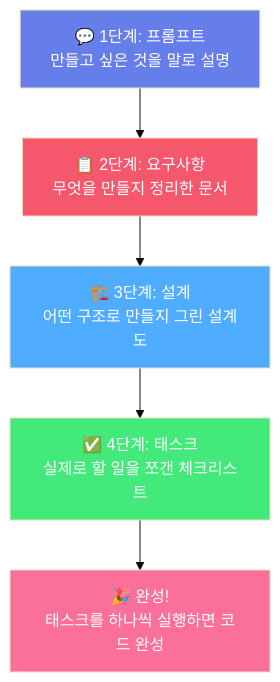
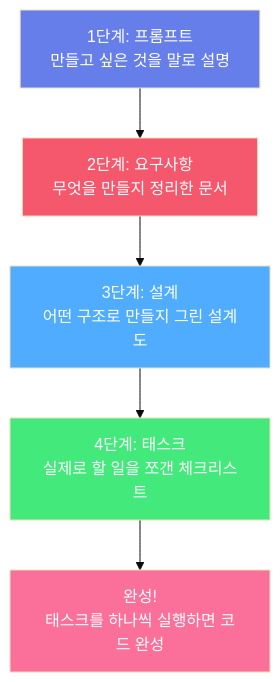
One commit to rornfdlek/kiro-workshop-gsretail-gitbook changed the diagram in introduction/README.md. Above: the diagram before and after it, drawn with Mermaid (base theme). The commit also changed 6 other files, not shown here.

First line of the commit message:
Fix Mermaid diagrams and SVG image sizing for GitBook

````diff
--- a/introduction/README.md
+++ b/introduction/README.md
@@ -32,13 +32,13 @@
 ```mermaid
 graph TD
-    A["💬 1단계: 프롬프트\n만들고 싶은 것을 말로 설명"] --> B["📋 2단계: 요구사항\n무엇을 만들지 정리한 문서"]
-    B --> C["🏗️ 3단계: 설계\n어떤 구조로 만들지 그린 설계도"]
-    C --> D["✅ 4단계: 태스크\n실제로 할 일을 쪼갠 체크리스트"]
-    D --> E["🎉 완성!\n태스크를 하나씩 실행하면 코드 완성"]
+    A["1단계: 프롬프트\n만들고 싶은 것을 말로 설명"] --> B["2단계: 요구사항\n무엇을 만들지 정리한 문서"]
+    B --> C["3단계: 설계\n어떤 구조로 만들지 그린 설계도"]
+    C --> D["4단계: 태스크\n실제로 할 일을 쪼갠 체크리스트"]
+    D --> E["완성!\n태스크를 하나씩 실행하면 코드 완성"]
 
     style A fill:#667eea,color:#fff
     style B fill:#f5576c,color:#fff
     style C fill:#4facfe,color:#fff
     style D fill:#43e97b,color:#fff
     style E fill:#fa709a,color:#fff
 ```
````
